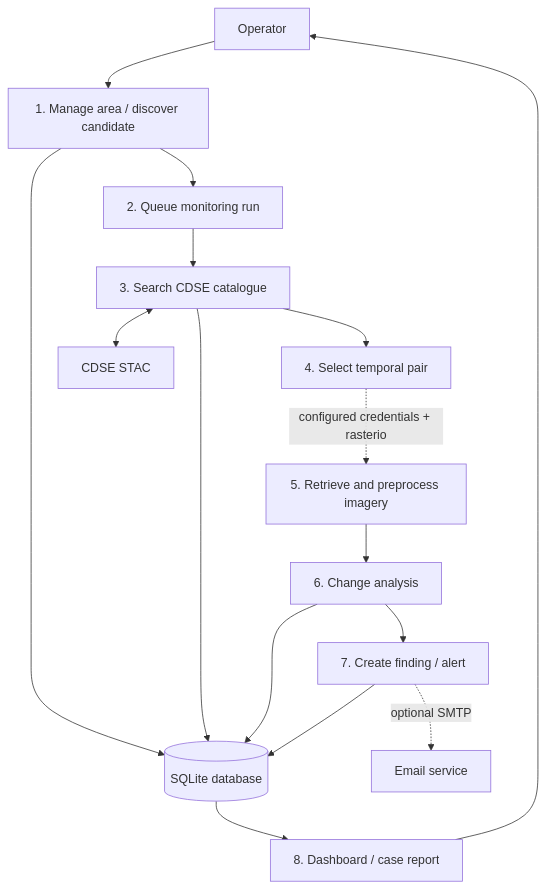
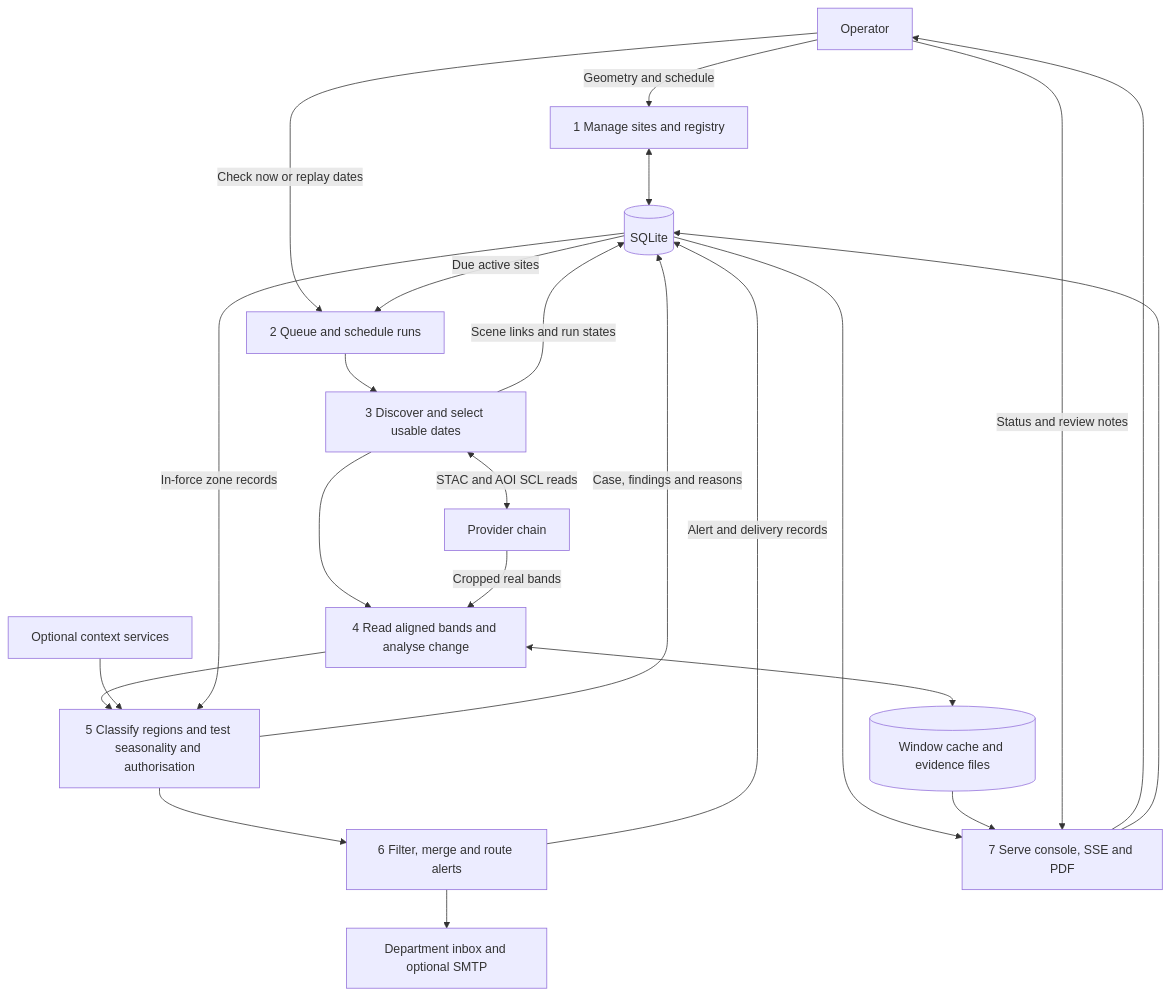
Before and after one commit to srinidhimanjunath111-ni/SentinelWatch_Project: the diagram in docs/diagrams/dfd-level-1.mmd, drawn with Mermaid. The commit also changed 9 other files, not shown here.

Commit message:
docs: align ten system diagrams with v3 implementation

```diff
--- a/docs/diagrams/dfd-level-1.mmd
+++ b/docs/diagrams/dfd-level-1.mmd
@@ -1,16 +1,23 @@
 flowchart TB
-  U[Operator] --> P1[1. Manage area / discover candidate]
-  P1 --> D1[(SQLite database)]
-  P1 --> P2[2. Queue monitoring run]
-  P2 --> P3[3. Search CDSE catalogue]
-  P3 <--> E1[CDSE STAC]
-  P3 --> D1
-  P3 --> P4[4. Select temporal pair]
-  P4 -. configured credentials + rasterio .-> P5[5. Retrieve and preprocess imagery]
-  P5 --> P6[6. Change analysis]
-  P6 --> D1
-  P6 --> P7[7. Create finding / alert]
+  U[Operator] -->|Geometry and schedule| P1[1 Manage sites and registry]
+  P1 <--> D1[(SQLite)]
+  U -->|Check now or replay dates| P2[2 Queue and schedule runs]
+  D1 -->|Due active sites| P2
+  P2 --> P3[3 Discover and select usable dates]
+  P3 <-->|STAC and AOI SCL reads| SAT[Provider chain]
+  P3 -->|Scene links and run states| D1
+  P3 --> P4[4 Read aligned bands and analyse change]
+  SAT -->|Cropped real bands| P4
+  P4 <--> D2[(Window cache and evidence files)]
+  P4 --> P5[5 Classify regions and test seasonality and authorisation]
+  CTX[Optional context services] --> P5
+  D1 -->|In-force zone records| P5
+  P5 -->|Case, findings and reasons| D1
+  P5 --> P6[6 Filter, merge and route alerts]
+  P6 -->|Alert and delivery records| D1
+  P6 --> DEPT[Department inbox and optional SMTP]
+  D1 --> P7[7 Serve console, SSE and PDF]
+  D2 --> P7
+  P7 --> U
+  U -->|Status and review notes| P7
   P7 --> D1
-  P7 -. optional SMTP .-> E2[Email service]
-  D1 --> P8[8. Dashboard / case report]
-  P8 --> U
```
